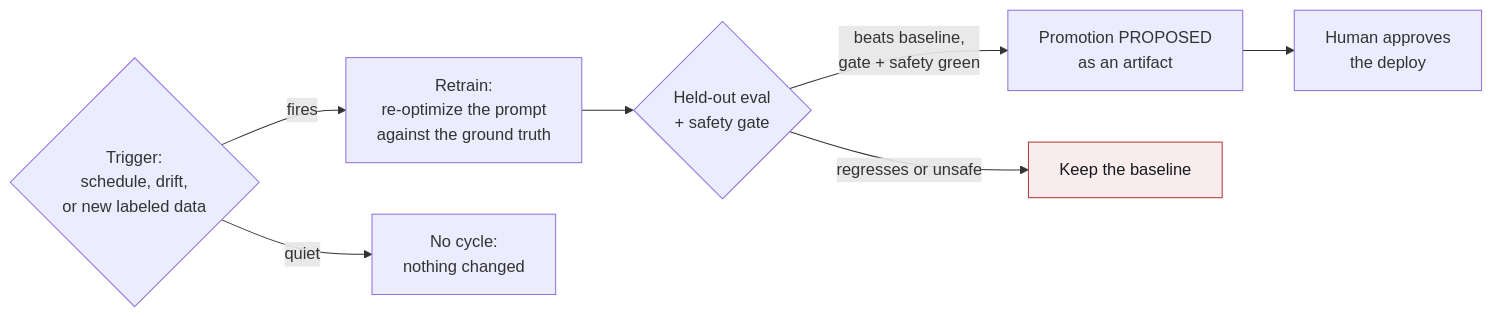
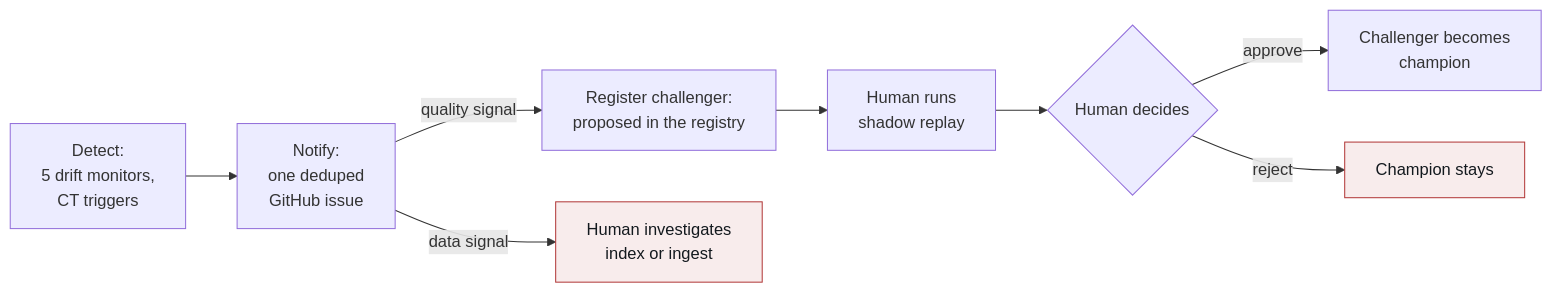
Before and after one commit to hoomanesteki/agentic-rag-knowledge-ai-platform: the diagram in showcase/mlops.qmd, drawn with Mermaid. The commit also changed other lines of this file and 13 other files, not shown here.

````diff
--- a/showcase/mlops.qmd
+++ b/showcase/mlops.qmd
@@ -31,11 +22,12 @@
 ```{mermaid}
 flowchart LR
-  T{Trigger:<br/>schedule, drift,<br/>or new labeled data} -->|fires| TR[Retrain:<br/>re-optimize the prompt<br/>against the ground truth]
-  T -->|quiet| SKIP[No cycle:<br/>nothing changed]
-  TR --> G{Held-out eval<br/>+ safety gate}
-  G -->|beats baseline,<br/>gate + safety green| PROP[Promotion PROPOSED<br/>as an artifact]
-  G -->|regresses or unsafe| KEEP[Keep the baseline]
-  PROP --> H[Human approves<br/>the deploy]
+  D[Detect:<br/>5 drift monitors,<br/>CT triggers] --> N[Notify:<br/>one deduped<br/>GitHub issue]
+  N -->|quality signal| REG[Register challenger:<br/>proposed in the registry]
+  N -->|data signal| INV[Human investigates<br/>index or ingest]
+  REG --> SH[Human runs<br/>shadow replay]
+  SH --> H{Human decides}
+  H -->|approve| PROD[Challenger becomes<br/>champion]
+  H -->|reject| KEEP[Champion stays]
   classDef rej fill:#f8ecec,stroke:#b23a3a,color:#13191e;
-  class KEEP rej;
+  class KEEP,INV rej;
 ```
````
